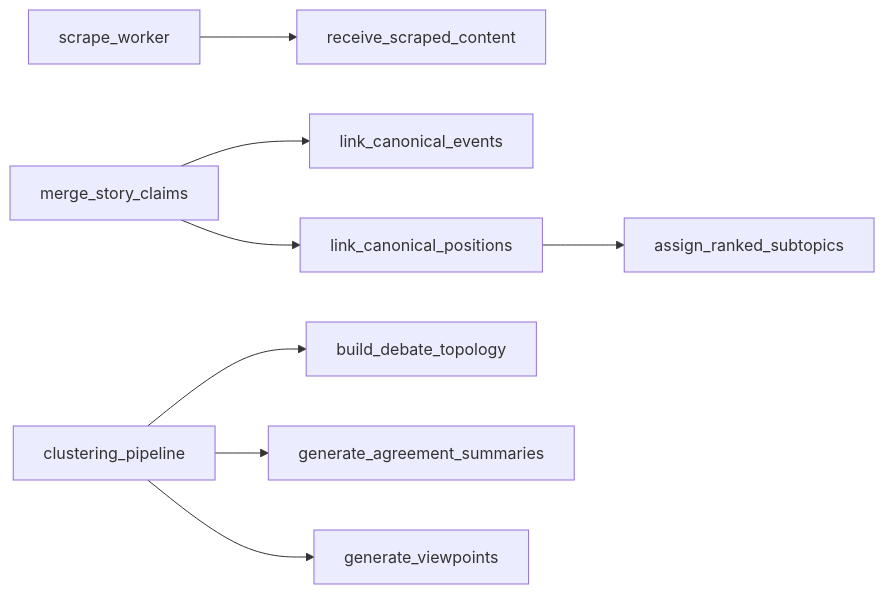
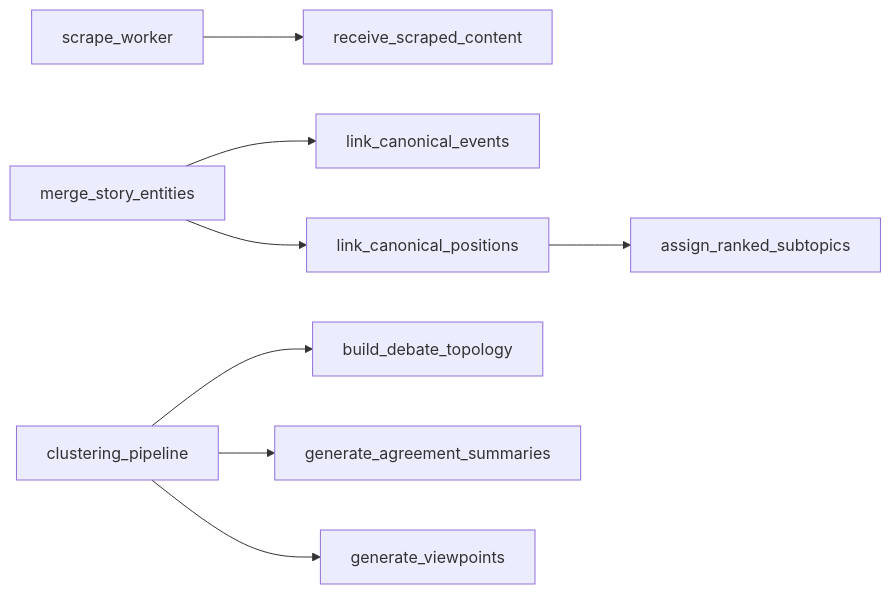
One commit to grpallen18/doxa changed the diagram in doxa-agents/docs/generated/pipeline-graph.md. Above: the diagram before and after it, drawn with Mermaid. The commit also changed 38 other files, not shown here.

````diff
--- a/doxa-agents/docs/generated/pipeline-graph.md
+++ b/doxa-agents/docs/generated/pipeline-graph.md
@@ -5,10 +5,10 @@
 ```mermaid
 flowchart LR
   scrape_worker --> receive_scraped_content
-  merge_story_claims --> link_canonical_events
-  merge_story_claims --> link_canonical_positions
+  merge_story_entities --> link_canonical_events
+  merge_story_entities --> link_canonical_positions
   link_canonical_positions --> assign_ranked_subtopics
   clustering_pipeline --> build_debate_topology
   clustering_pipeline --> generate_agreement_summaries
   clustering_pipeline --> generate_viewpoints
 ```
````
